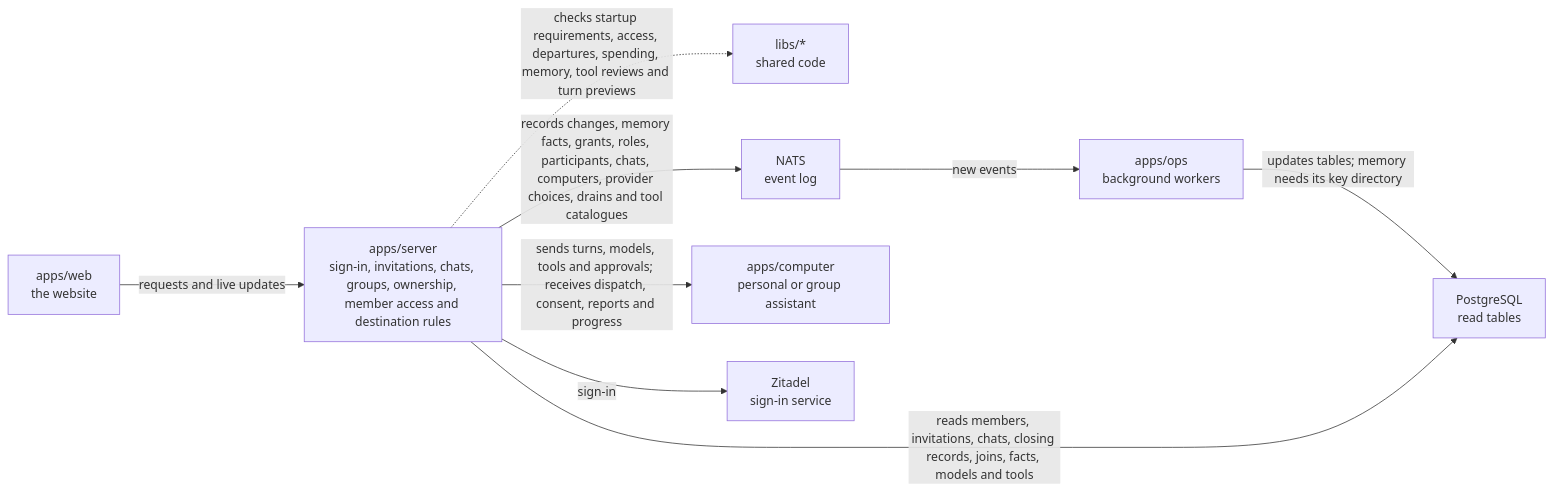
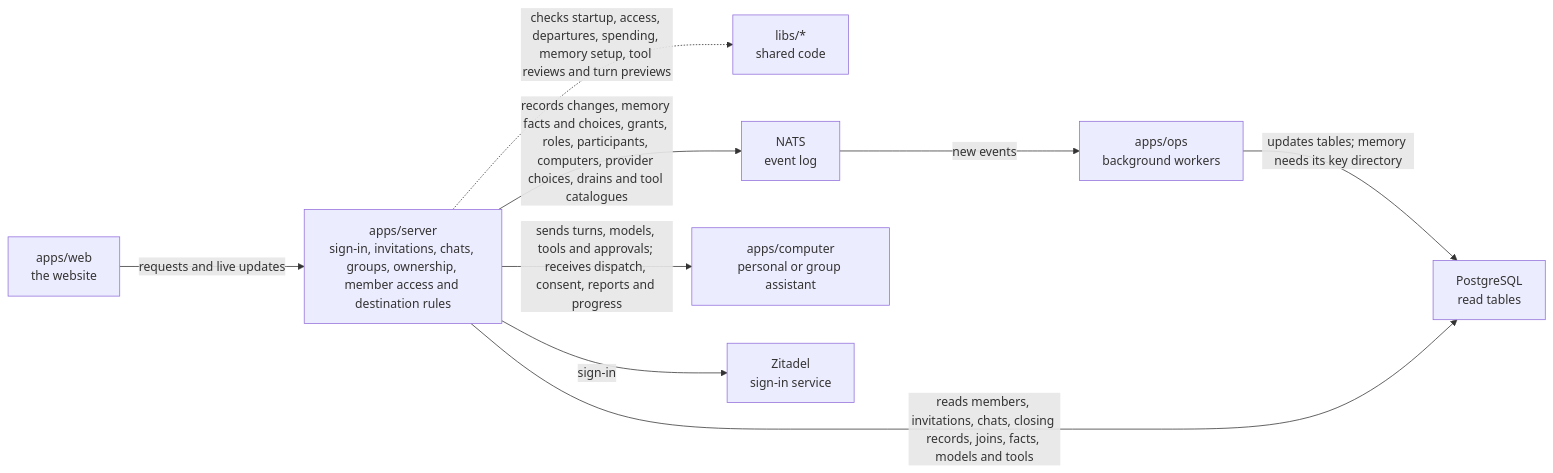
One commit to elewa-git/opencrane-new changed the diagram in apps/server/README.md. Above: the diagram before and after it, drawn with Mermaid. The commit also changed other lines of this file and 19 other files, not shown here.

Commit message:
🌙 Save consenting memory upkeep choices with execution disabled

````diff
--- a/apps/server/README.md
+++ b/apps/server/README.md
@@ -11,11 +11,11 @@
 ```mermaid
 flowchart LR
   web["apps/web<br/>the website"] -->|requests and live updates| server["apps/server<br/>sign-in, invitations, chats, groups, ownership, member access and destination rules"]
-  server -.->|checks startup requirements, access, departures, spending, memory, tool reviews and turn previews| libs["libs/*<br/>shared code"]
-  server -->|records changes, memory facts, grants, roles, participants, chats, computers, provider choices, drains and tool catalogues| nats["NATS<br/>event log"]
+  server -.->|checks startup, access, departures, spending, memory setup, tool reviews and turn previews| libs["libs/*<br/>shared code"]
+  server -->|records changes, memory facts and choices, grants, roles, participants, computers, provider choices, drains and tool catalogues| nats["NATS<br/>event log"]
   nats -->|new events| ops["apps/ops<br/>background workers"]
   ops -->|updates tables; memory needs its key directory| postgres["PostgreSQL<br/>read tables"]
   server -->|reads members, invitations, chats, closing records, joins, facts, models and tools| postgres
   server -->|sends turns, models, tools and approvals; receives dispatch, consent, reports and progress| computer["apps/computer<br/>personal or group assistant"]
   server -->|sign-in| zitadel["Zitadel<br/>sign-in service"]
 ```
````
